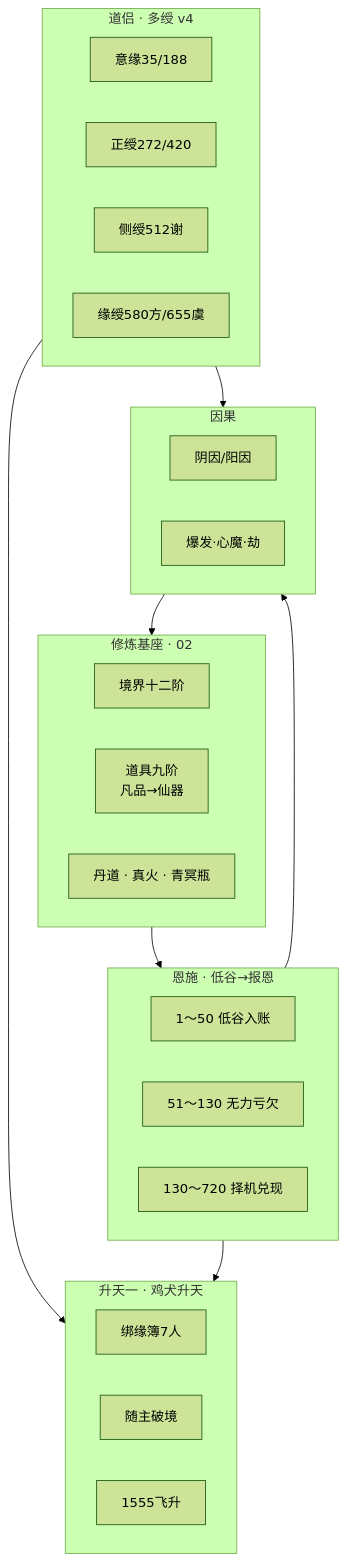
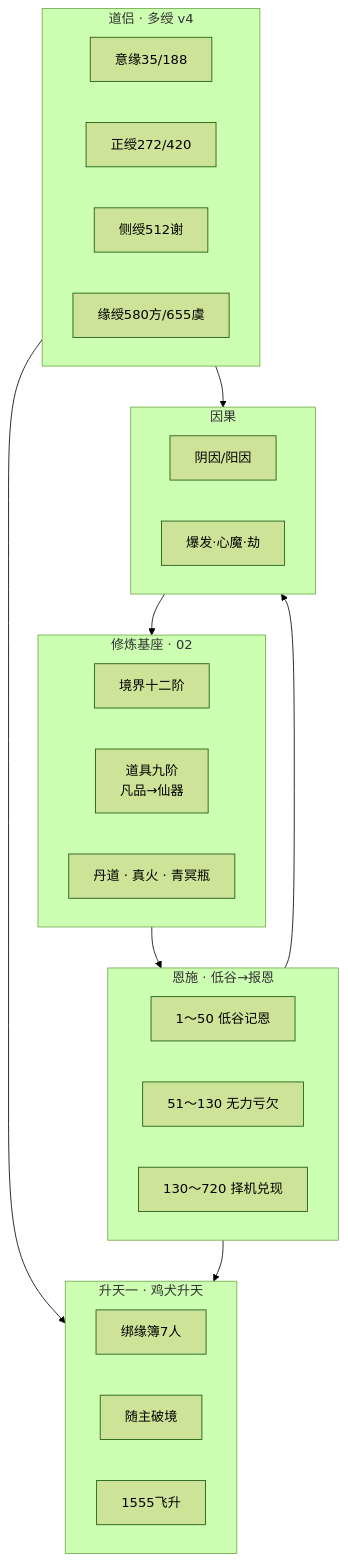
Before and after one commit to holyjing88/NovelProject: the sixth of 12 diagrams in docs/凡人修真传/10-整体层次结构图.md, drawn with Mermaid (forest theme). The commit also changed 420 other files, not shown here.

````diff
--- a/docs/凡人修真传/10-整体层次结构图.md
+++ b/docs/凡人修真传/10-整体层次结构图.md
@@ -165,39 +165,39 @@
 ```mermaid
 flowchart TB
     subgraph BASE["修炼基座 · 02"]
         JING["境界十二阶"]
         DAOJU["道具九阶<br/>凡品→仙器"]
         DANHUO["丹道 · 真火 · 青冥瓶"]
     end
 
     subgraph ES["恩施 · 低谷→报恩"]
-        DI["1～50 低谷入账"]
+        DI["1～50 低谷记恩"]
         KUI["51～130 无力亏欠"]
         HUAN["130～720 择机兑现"]
     end
 
     subgraph YG["因果"]
         YIN["阴因/阳因"]
         BAO["爆发·心魔·劫"]
     end
 
     subgraph DL["道侣 · 多绶 v4"]
         YY["意缘35/188"]
         MY["正绶272/420"]
         XY["侧绶512谢"]
         YY2["缘绶580方/655虞"]
     end
 
     subgraph JT["升天一 · 鸡犬升天"]
         BANG["绑缘簿7人"]
         SUI["随主破境"]
         FEI["1555飞升"]
     end
 
     BASE --> ES
     ES --> YG
     YG --> BASE
     DL --> YG
     DL --> JT
     ES --> JT
 ```
````
